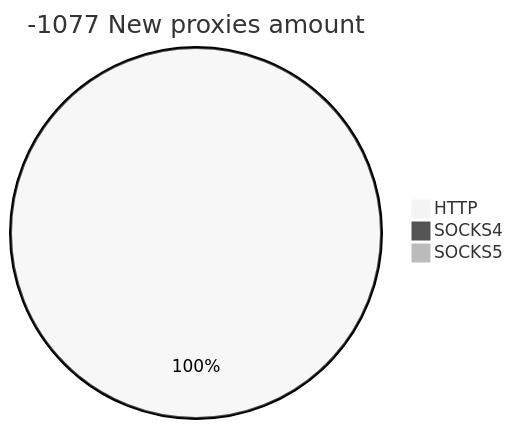
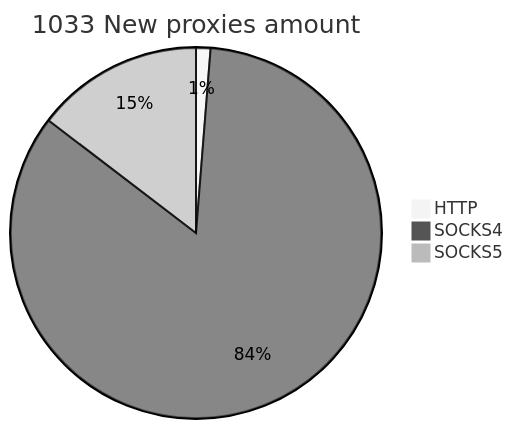
The second of 2 diagrams in README.md (cutipu/proxylist), drawn with Mermaid (neutral theme) before and after one commit. The commit also changed other lines of this file, not shown here.

````diff
--- a/README.md
+++ b/README.md
@@ -10,6 +10,6 @@
 ```mermaid
-pie title -1077 New proxies amount
-    "HTTP" : 36
-    "SOCKS4" : 0
-    "SOCKS5" : 0
+pie title 1033 New proxies amount
+    "HTTP" : 13
+    "SOCKS4" : 869
+    "SOCKS5" : 151
 ```
````
